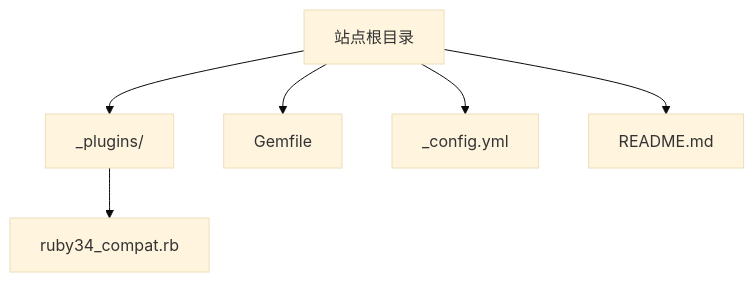
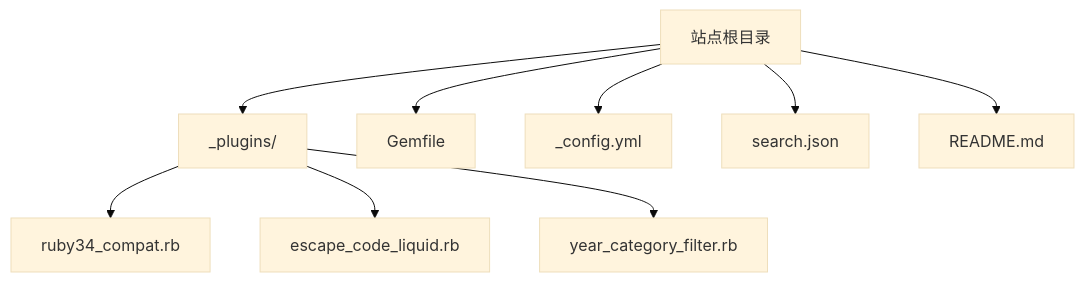
Before and after one commit to LZC6244/lzc6244.github.io: the first of 6 diagrams in .qoder/repowiki/zh/content/插件系统/Ruby 兼容性插件.md, drawn with Mermaid (base theme). The commit also changed other lines of this file and 36 other files, not shown here.

````diff
--- a/.qoder/repowiki/zh/content/插件系统/Ruby 兼容性插件.md
+++ b/.qoder/repowiki/zh/content/插件系统/Ruby 兼容性插件.md
@@ -34,8 +48,11 @@
 ```mermaid
 graph TB
 A["站点根目录"] --> B["_plugins/"]
 B --> C["ruby34_compat.rb"]
-A --> D["Gemfile"]
-A --> E["_config.yml"]
-A --> F["README.md"]
+B --> D["escape_code_liquid.rb"]
+B --> E["year_category_filter.rb"]
+A --> F["Gemfile"]
+A --> G["_config.yml"]
+A --> H["search.json"]
+A --> I["README.md"]
 ```
````
